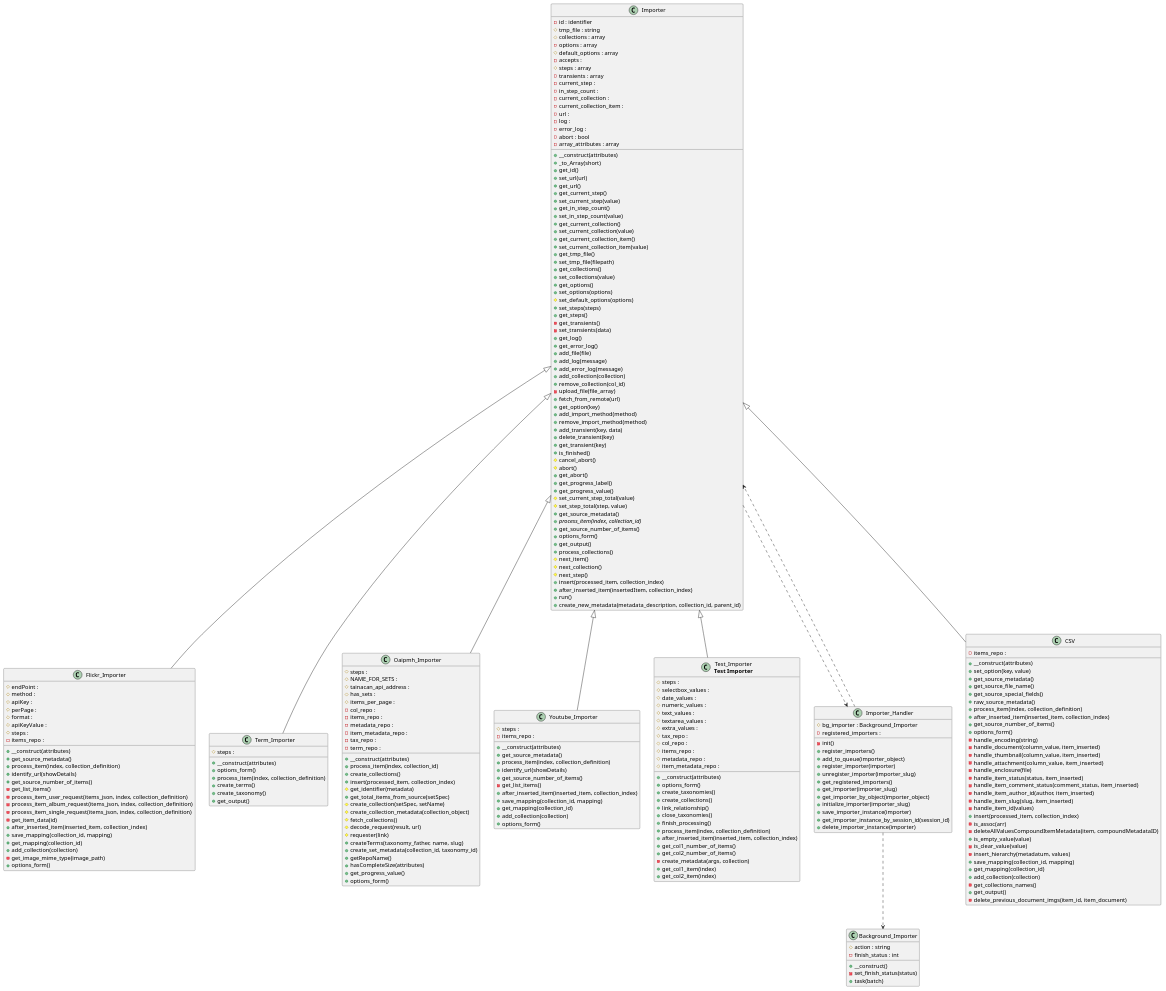
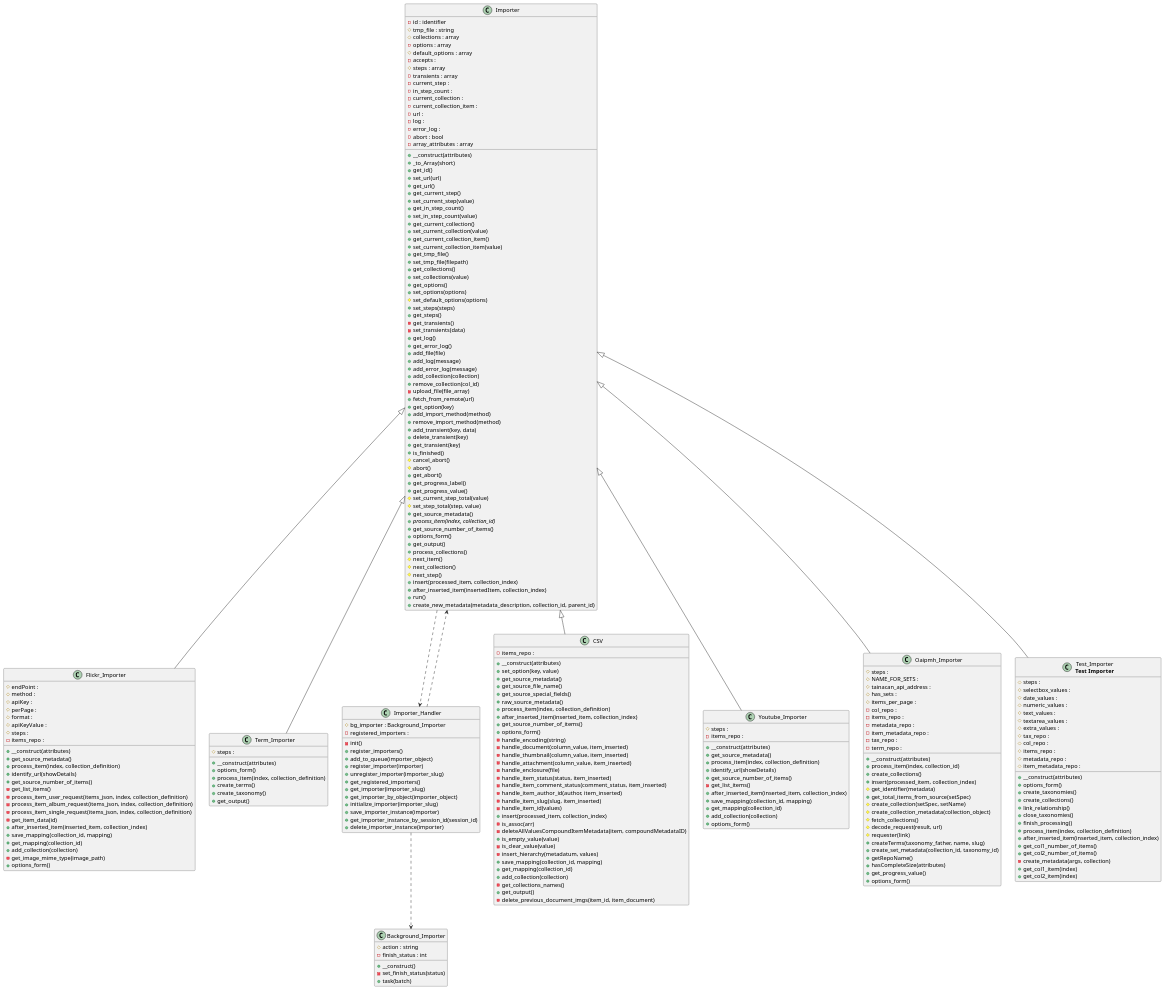
Before and after one commit to tainacan/tainacan: the diagram in docs/diagrams/tainacan-namespace-Tainacan-Importer.puml, drawn with PlantUML. The commit also changed other lines of this file and 69 other files, not shown here.

```diff
--- a/docs/diagrams/tainacan-namespace-Tainacan-Importer.puml
+++ b/docs/diagrams/tainacan-namespace-Tainacan-Importer.puml
@@ -78,13 +78,6 @@
     +run()
     +create_new_metadata(metadata_description, collection_id, parent_id)
   }
-  class "Background_Importer" as Background_Importer {
-    #action : string
-    -finish_status : int
-    +__construct()
-    -set_finish_status(status)
-    +task(batch)
-  }
   class "Flickr_Importer" as Flickr_Importer {
     #endPoint : 
     #method : 
@@ -119,79 +112,6 @@
     +create_terms()
     +create_taxonomy()
     +get_output()
-  }
-  class "Oaipmh_Importer" as Oaipmh_Importer {
-    #steps : 
-    #NAME_FOR_SETS : 
-    #tainacan_api_address : 
-    #has_sets : 
-    #items_per_page : 
-    -col_repo : 
-    -items_repo : 
-    -metadata_repo : 
-    -item_metadata_repo : 
-    -tax_repo : 
-    -term_repo : 
-    +__construct(attributes)
-    +process_item(index, collection_id)
-    +create_collections()
-    +insert(processed_item, collection_index)
-    #get_identifier(metadata)
-    +get_total_items_from_source(setSpec)
-    #create_collection(setSpec, setName)
-    #create_collection_metadata(collection_object)
-    #fetch_collections()
-    #decode_request(result, url)
-    #requester(link)
-    +createTerms(taxonomy_father, name, slug)
-    +create_set_metadata(collection_id, taxonomy_id)
-    +getRepoName()
-    +hasCompleteSize(attributes)
-    +get_progress_value()
-    +options_form()
-  }
-  class "Youtube_Importer" as Youtube_Importer {
-    #steps : 
-    -items_repo : 
-    +__construct(attributes)
-    +get_source_metadata()
-    +process_item(index, collection_definition)
-    +identify_url(showDetails)
-    +get_source_number_of_items()
-    -get_list_items()
-    +after_inserted_item(inserted_item, collection_index)
-    +save_mapping(collection_id, mapping)
-    +get_mapping(collection_id)
-    +add_collection(collection)
-    +options_form()
-  }
-  class "Test_Importer\n<b>Test Importer</b>" as Test_Importer {
-    #steps : 
-    #selectbox_values : 
-    #date_values : 
-    #numeric_values : 
-    #text_values : 
-    #textarea_values : 
-    #extra_values : 
-    #tax_repo : 
-    #col_repo : 
-    #items_repo : 
-    #metadata_repo : 
-    #item_metadata_repo : 
-    +__construct(attributes)
-    +options_form()
-    +create_taxonomies()
-    +create_collections()
-    +link_relationship()
-    +close_taxonomies()
-    +finish_processing()
-    +process_item(index, collection_definition)
-    +after_inserted_item(inserted_item, collection_index)
-    +get_col1_number_of_items()
-    +get_col2_number_of_items()
-    -create_metadata(args, collection)
-    +get_col1_item(index)
-    +get_col2_item(index)
   }
   class "Importer_Handler" as Importer_Handler {
     #bg_importer : Background_Importer
@@ -244,6 +164,86 @@
     +get_output()
     -delete_previous_document_imgs(item_id, item_document)
   }
+  class "Youtube_Importer" as Youtube_Importer {
+    #steps : 
+    -items_repo : 
+    +__construct(attributes)
+    +get_source_metadata()
+    +process_item(index, collection_definition)
+    +identify_url(showDetails)
+    +get_source_number_of_items()
+    -get_list_items()
+    +after_inserted_item(inserted_item, collection_index)
+    +save_mapping(collection_id, mapping)
+    +get_mapping(collection_id)
+    +add_collection(collection)
+    +options_form()
+  }
+  class "Oaipmh_Importer" as Oaipmh_Importer {
+    #steps : 
+    #NAME_FOR_SETS : 
+    #tainacan_api_address : 
+    #has_sets : 
+    #items_per_page : 
+    -col_repo : 
+    -items_repo : 
+    -metadata_repo : 
+    -item_metadata_repo : 
+    -tax_repo : 
+    -term_repo : 
+    +__construct(attributes)
+    +process_item(index, collection_id)
+    +create_collections()
+    +insert(processed_item, collection_index)
+    #get_identifier(metadata)
+    +get_total_items_from_source(setSpec)
+    #create_collection(setSpec, setName)
+    #create_collection_metadata(collection_object)
+    #fetch_collections()
+    #decode_request(result, url)
+    #requester(link)
+    +createTerms(taxonomy_father, name, slug)
+    +create_set_metadata(collection_id, taxonomy_id)
+    +getRepoName()
+    +hasCompleteSize(attributes)
+    +get_progress_value()
+    +options_form()
+  }
+  class "Test_Importer\n<b>Test Importer</b>" as Test_Importer {
+    #steps : 
+    #selectbox_values : 
+    #date_values : 
+    #numeric_values : 
+    #text_values : 
+    #textarea_values : 
+    #extra_values : 
+    #tax_repo : 
+    #col_repo : 
+    #items_repo : 
+    #metadata_repo : 
+    #item_metadata_repo : 
+    +__construct(attributes)
+    +options_form()
+    +create_taxonomies()
+    +create_collections()
+    +link_relationship()
+    +close_taxonomies()
+    +finish_processing()
+    +process_item(index, collection_definition)
+    +after_inserted_item(inserted_item, collection_index)
+    +get_col1_number_of_items()
+    +get_col2_number_of_items()
+    -create_metadata(args, collection)
+    +get_col1_item(index)
+    +get_col2_item(index)
+  }
+  class "Background_Importer" as Background_Importer {
+    #action : string
+    -finish_status : int
+    +__construct()
+    -set_finish_status(status)
+    +task(batch)
+  }
   Importer ..> Importer_Handler
   Importer <|-- CSV
   Importer <|-- Flickr_Importer
```
